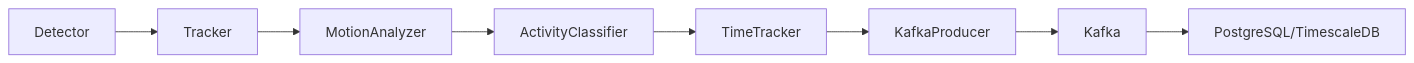
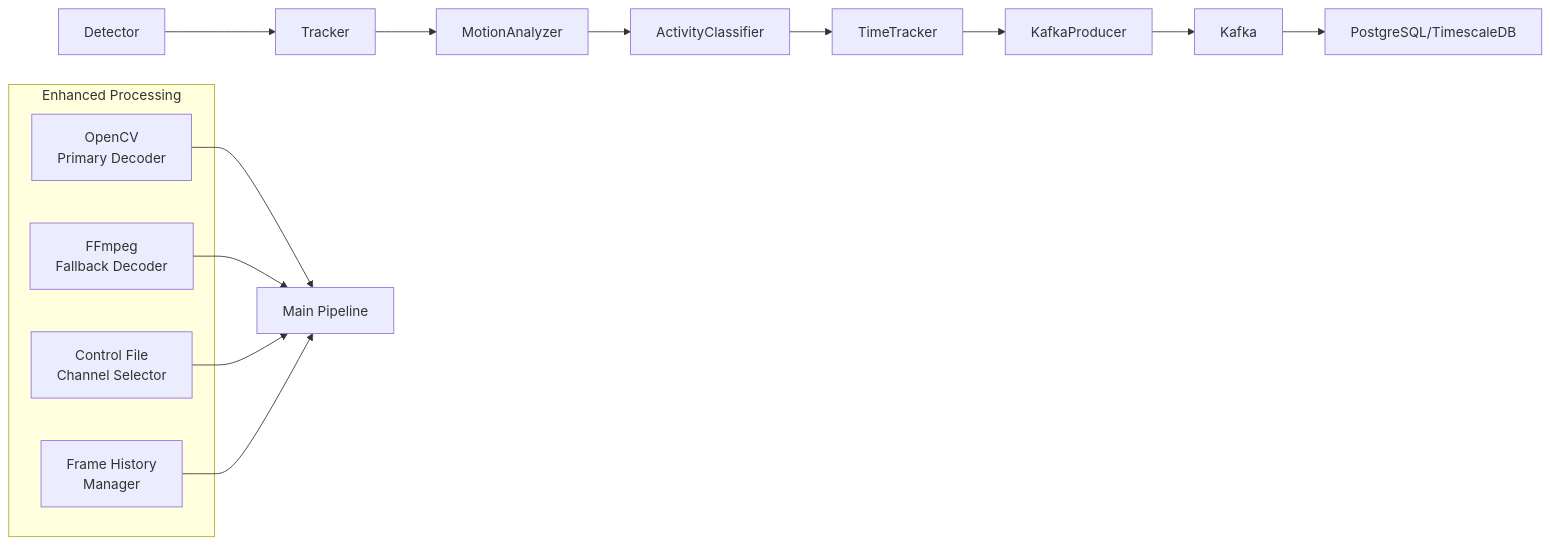
Before and after one commit to Azzoz-189/construction-equipment-monitoring: the third of 6 diagrams in .qoder/repowiki/en/content/Computer Vision Pipeline/Computer Vision Pipeline.md, drawn with Mermaid. The commit also changed other lines of this file and 6 other files, not shown here.

````diff
--- a/.qoder/repowiki/en/content/Computer Vision Pipeline/Computer Vision Pipeline.md
+++ b/.qoder/repowiki/en/content/Computer Vision Pipeline/Computer Vision Pipeline.md
@@ -278,10 +393,20 @@
 ```mermaid
 graph LR
 DET["Detector"] --> TRK["Tracker"]
 TRK --> MA["MotionAnalyzer"]
 MA --> AC["ActivityClassifier"]
 AC --> TT["TimeTracker"]
 TT --> KP["KafkaProducer"]
 KP --> K["Kafka"]
 K --> P["PostgreSQL/TimescaleDB"]
+subgraph "Enhanced Processing"
+OPENCV["OpenCV<br/>Primary Decoder"]
+FFMPEG["FFmpeg<br/>Fallback Decoder"]
+CTRL["Control File<br/>Channel Selector"]
+FHIST["Frame History<br/>Manager"]
+end
+OPENCV --> M["Main Pipeline"]
+FFMPEG --> M
+CTRL --> M
+FHIST --> M
 ```
````
